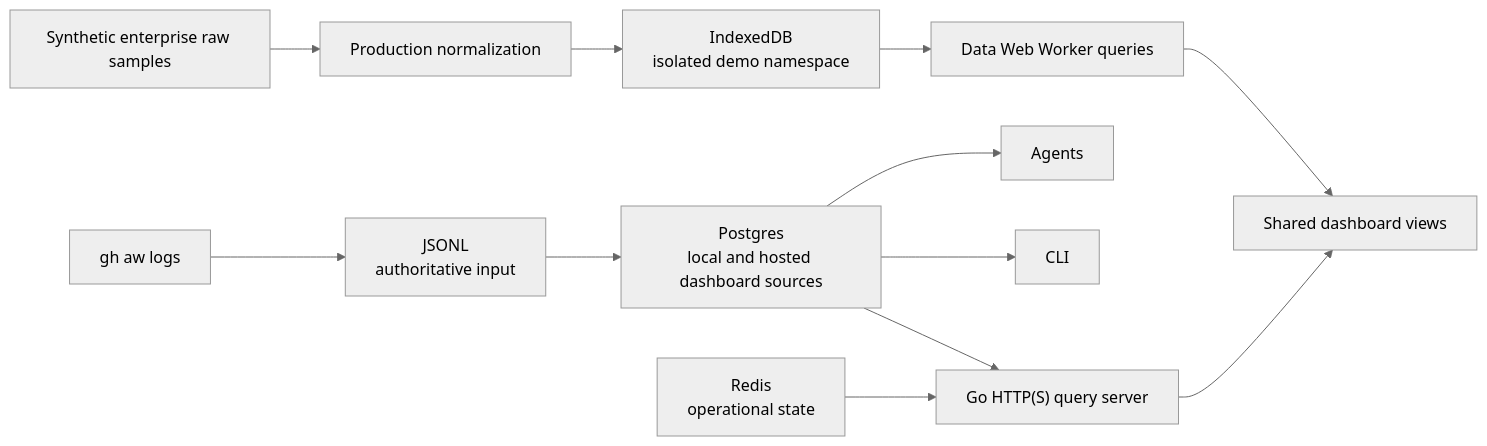
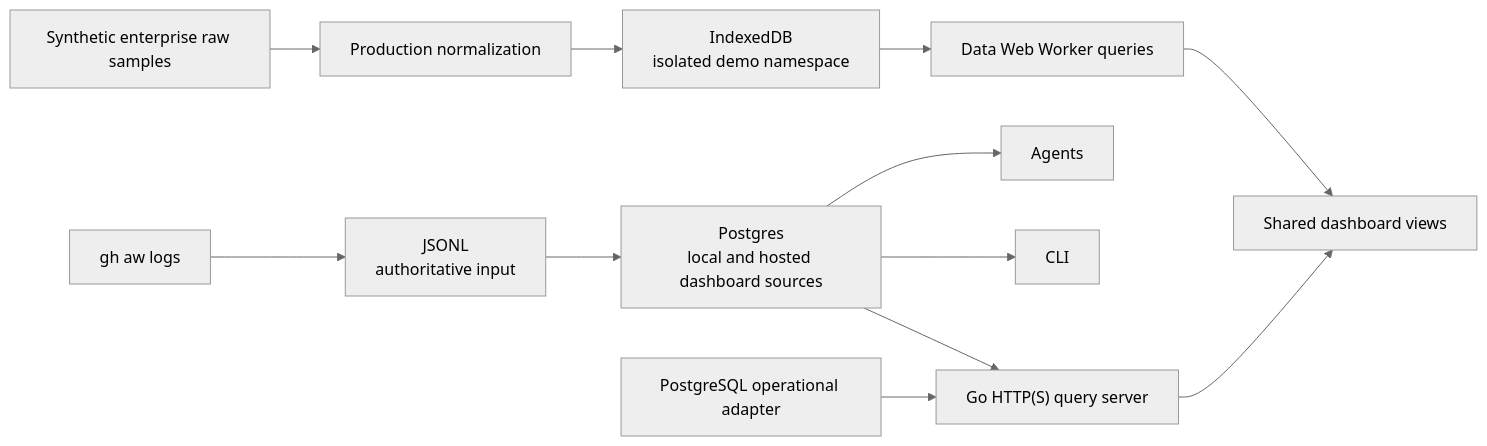
Before and after one commit to githubnext/gh-cao: the first of 2 diagrams in specs/dashboard-data.md, drawn with Mermaid (neutral theme). The commit also changed other lines of this file and 255 other files, not shown here.

````diff
--- a/specs/dashboard-data.md
+++ b/specs/dashboard-data.md
@@ -597,13 +581,13 @@
 ```mermaid
 flowchart LR
   logs["gh aw logs"] --> source["JSONL<br/>authoritative input"]
   samples["Synthetic enterprise raw samples"] --> normalize["Production normalization"]
   normalize --> indexeddb["IndexedDB<br/>isolated demo namespace"]
   indexeddb --> worker["Data Web Worker queries"] --> views["Shared dashboard views"]
   source --> postgres["Postgres<br/>local and hosted dashboard sources"]
   postgres --> agents["Agents"]
   postgres --> cli["CLI"]
   postgres --> go["Go HTTP(S) query server"]
-  redis["Redis<br/>operational state"] --> go
+  operational["PostgreSQL operational adapter"] --> go
   go --> views
 ```
````
